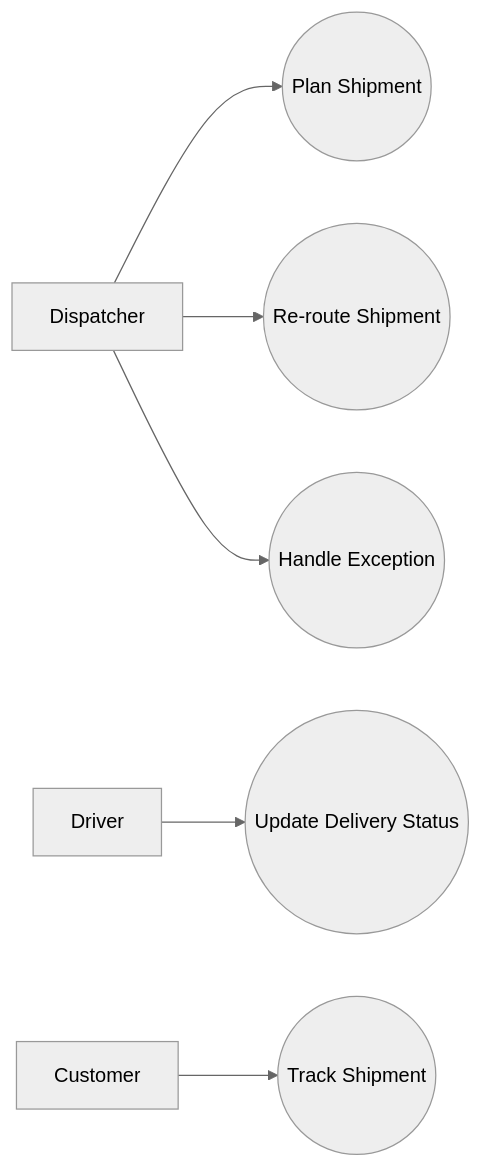
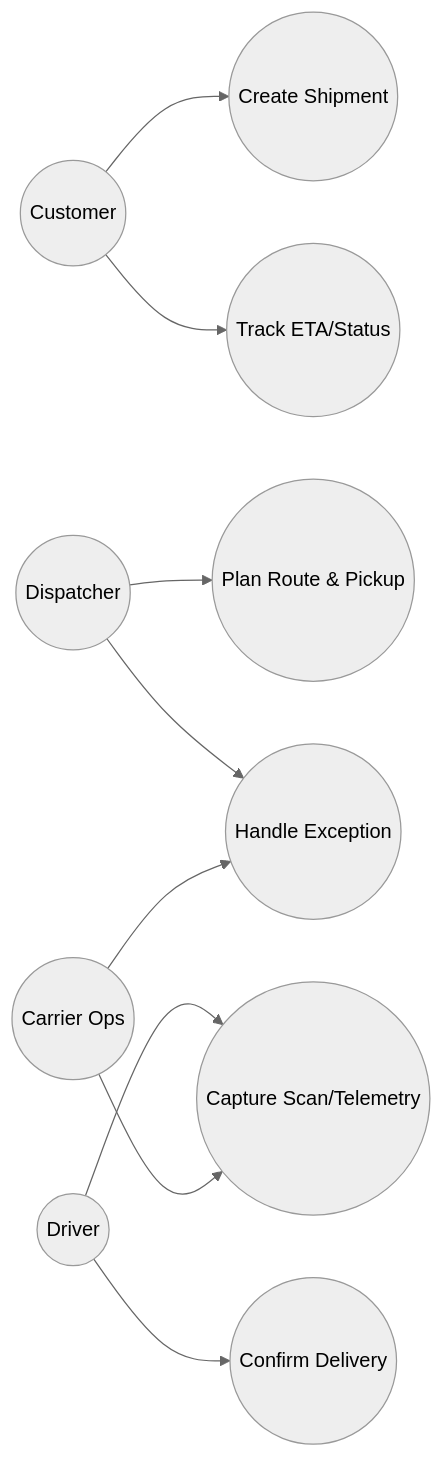
Before and after one commit to 0Ankit0/Project-Ideas: the diagram in Logistics Tracking System/analysis/use-case-diagram.md, drawn with Mermaid (neutral theme). The commit also changed other lines of this file and 36 other files, not shown here.

Commit message:
Deepen logistics docs with implementation-ready diagrams and operations guidance

````diff
--- a/Logistics Tracking System/analysis/use-case-diagram.md
+++ b/Logistics Tracking System/analysis/use-case-diagram.md
@@ -3,8 +3,21 @@
 ```mermaid
 flowchart LR
-  Dispatcher --> U1((Plan Shipment))
-  Driver --> U2((Update Delivery Status))
-  Customer --> U3((Track Shipment))
-  Dispatcher --> U4((Re-route Shipment))
-  Dispatcher --> U5((Handle Exception))
+  Customer((Customer))
+  Dispatcher((Dispatcher))
+  Driver((Driver))
+  Carrier((Carrier Ops))
+  UC1((Create Shipment))
+  UC2((Plan Route & Pickup))
+  UC3((Capture Scan/Telemetry))
+  UC4((Handle Exception))
+  UC5((Track ETA/Status))
+  UC6((Confirm Delivery))
+  Customer --> UC1
+  Customer --> UC5
+  Dispatcher --> UC2
+  Dispatcher --> UC4
+  Driver --> UC3
+  Driver --> UC6
+  Carrier --> UC3
+  Carrier --> UC4
 ```
````
